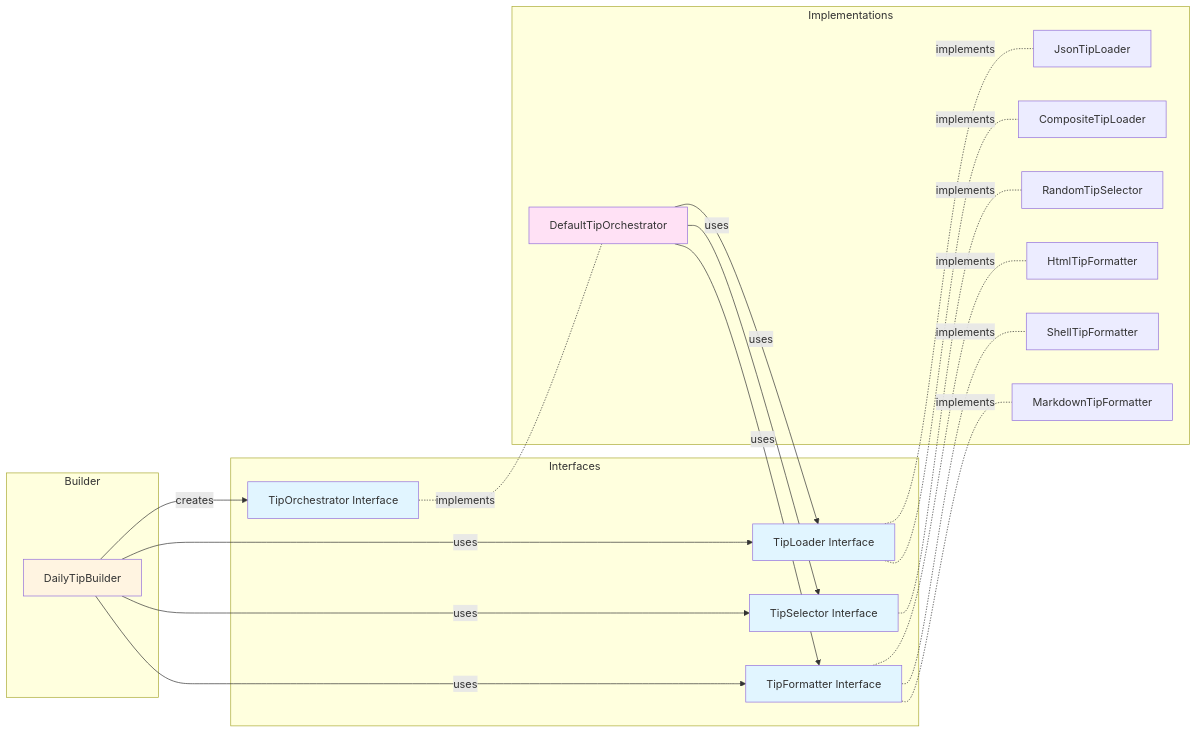
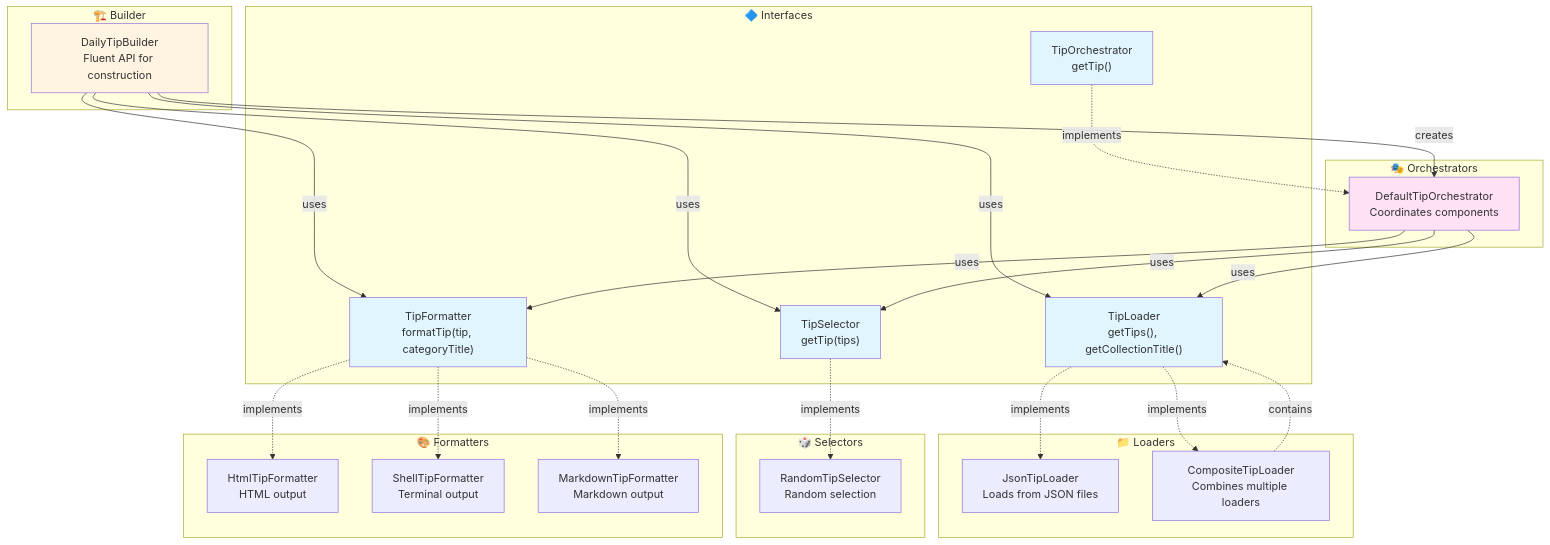
The second of 4 diagrams in docs/development/architecture.md (timramsier/daily-tip), drawn with Mermaid before and after one commit.

Commit message:
Simplify Component Relationships diagram
- Switched from classDiagram to flowchart for better compatibility
- Added emoji icons for quick component type identification
- Included brief descriptions in each box
- Organized components into clear groups (Interfaces, Loaders, Selectors, etc)
- Simplified relationship arrows (dashed for implements, solid for uses)
- Maintained color coding for visual clarity

````diff
--- a/docs/development/architecture.md
+++ b/docs/development/architecture.md
@@ -49,47 +49,62 @@
 ```mermaid
-graph LR
-    subgraph Interfaces
-        TipLoader[TipLoader Interface]
-        TipSelector[TipSelector Interface]
-        TipFormatter[TipFormatter Interface]
-        TipOrchestrator[TipOrchestrator Interface]
+graph TB
+    subgraph Interfaces["🔷 Interfaces"]
+        TipLoader["TipLoader<br/>getTips(), getCollectionTitle()"]
+        TipSelector["TipSelector<br/>getTip(tips)"]
+        TipFormatter["TipFormatter<br/>formatTip(tip, categoryTitle)"]
+        TipOrchestrator["TipOrchestrator<br/>getTip()"]
     end
     
-    subgraph Implementations
-        JsonTipLoader[JsonTipLoader]
-        CompositeTipLoader[CompositeTipLoader]
-        RandomTipSelector[RandomTipSelector]
-        HtmlTipFormatter[HtmlTipFormatter]
-        ShellTipFormatter[ShellTipFormatter]
-        MarkdownTipFormatter[MarkdownTipFormatter]
-        DefaultTipOrchestrator[DefaultTipOrchestrator]
+    subgraph Loaders["📁 Loaders"]
+        JsonTipLoader["JsonTipLoader<br/>Loads from JSON files"]
+        CompositeTipLoader["CompositeTipLoader<br/>Combines multiple loaders"]
     end
     
-    subgraph Builder
-        DailyTipBuilder[DailyTipBuilder]
+    subgraph Selectors["🎲 Selectors"]
+        RandomTipSelector["RandomTipSelector<br/>Random selection"]
     end
     
-    TipLoader -.implements.- JsonTipLoader
-    TipLoader -.implements.- CompositeTipLoader
-    TipSelector -.implements.- RandomTipSelector
-    TipFormatter -.implements.- HtmlTipFormatter
-    TipFormatter -.implements.- ShellTipFormatter
-    TipFormatter -.implements.- MarkdownTipFormatter
-    TipOrchestrator -.implements.- DefaultTipOrchestrator
+    subgraph Formatters["🎨 Formatters"]
+        HtmlTipFormatter["HtmlTipFormatter<br/>HTML output"]
+        ShellTipFormatter["ShellTipFormatter<br/>Terminal output"]
+        MarkdownTipFormatter["MarkdownTipFormatter<br/>Markdown output"]
+    end
     
+    subgraph Orchestrators["🎭 Orchestrators"]
+        DefaultTipOrchestrator["DefaultTipOrchestrator<br/>Coordinates components"]
+    end
+    
+    subgraph Builder["🏗️ Builder"]
+        DailyTipBuilder["DailyTipBuilder<br/>Fluent API for construction"]
+    end
+    
+    %% Interface implementations
+    TipLoader -.->|implements| JsonTipLoader
+    TipLoader -.->|implements| CompositeTipLoader
+    TipSelector -.->|implements| RandomTipSelector
+    TipFormatter -.->|implements| HtmlTipFormatter
+    TipFormatter -.->|implements| ShellTipFormatter
+    TipFormatter -.->|implements| MarkdownTipFormatter
+    TipOrchestrator -.->|implements| DefaultTipOrchestrator
+    
+    %% Builder relationships
     DailyTipBuilder -->|uses| TipLoader
     DailyTipBuilder -->|uses| TipSelector
     DailyTipBuilder -->|uses| TipFormatter
-    DailyTipBuilder -->|creates| TipOrchestrator
+    DailyTipBuilder -->|creates| DefaultTipOrchestrator
     
+    %% Orchestrator relationships
     DefaultTipOrchestrator -->|uses| TipLoader
     DefaultTipOrchestrator -->|uses| TipSelector
     DefaultTipOrchestrator -->|uses| TipFormatter
+    
+    %% Composite pattern
+    CompositeTipLoader -.->|contains| TipLoader
     
     style TipLoader fill:#e1f5ff
     style TipSelector fill:#e1f5ff
     style TipFormatter fill:#e1f5ff
     style TipOrchestrator fill:#e1f5ff
     style DailyTipBuilder fill:#fff4e1
     style DefaultTipOrchestrator fill:#ffe1f5
 ```
````
